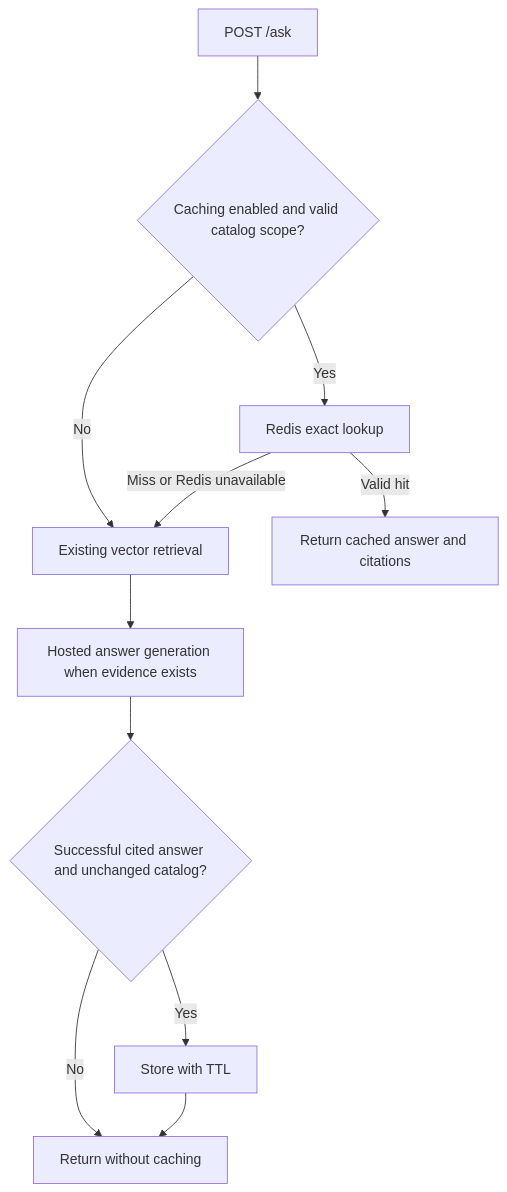
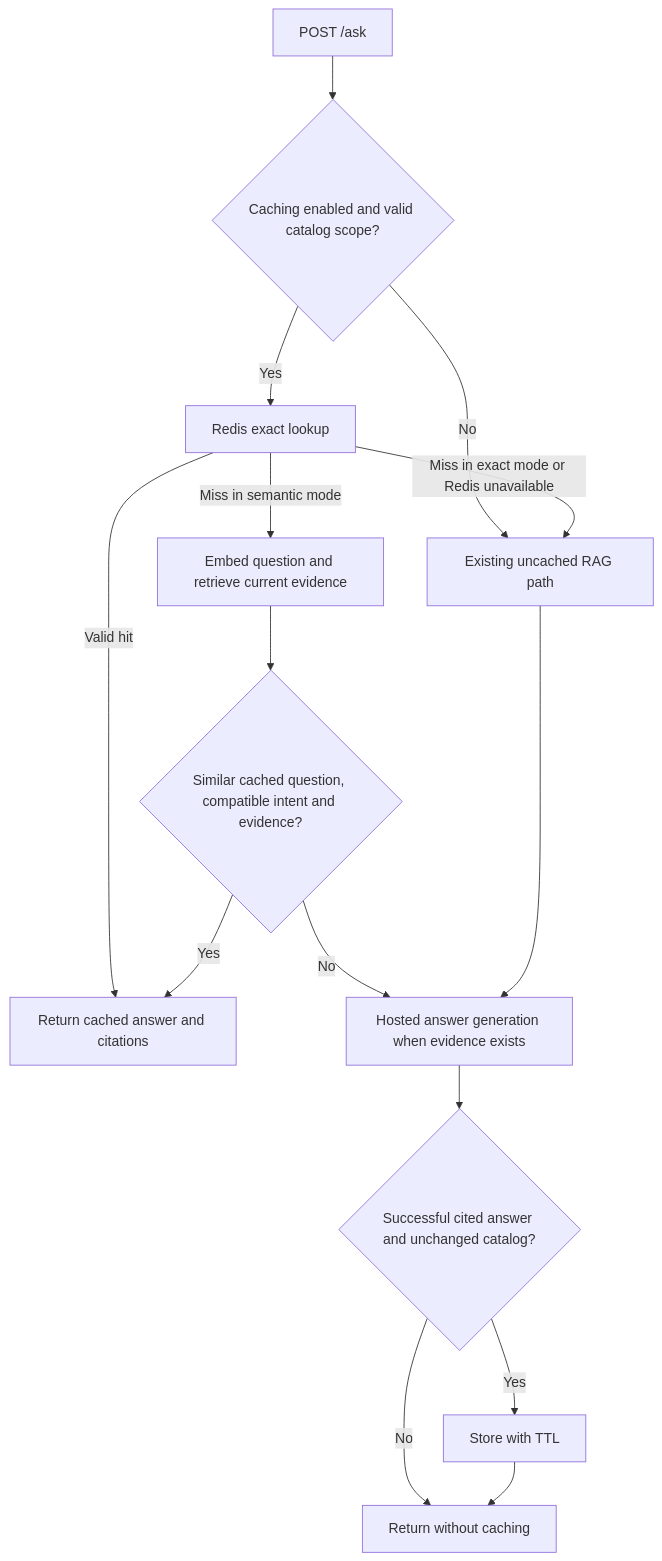
Before and after one commit to Shotza247/OpenSource-RAG-Template: the diagram in docs/answer-cache.md, drawn with Mermaid. The commit also changed other lines of this file and 9 other files, not shown here.

Commit message:
docs: refresh semantic cache architecture and roadmap

````diff
--- a/docs/answer-cache.md
+++ b/docs/answer-cache.md
@@ -17,13 +13,17 @@
 ```mermaid
 flowchart TD
     A[POST /ask] --> B{Caching enabled and valid catalog scope?}
-    B -->|No| R[Existing vector retrieval]
+    B -->|No| U[Existing uncached RAG path]
     B -->|Yes| C[Redis exact lookup]
     C -->|Valid hit| H[Return cached answer and citations]
-    C -->|Miss or Redis unavailable| R
-    R --> L[Hosted answer generation when evidence exists]
+    C -->|Miss in semantic mode| R[Embed question and retrieve current evidence]
+    C -->|Miss in exact mode or Redis unavailable| U[Existing uncached RAG path]
+    R --> M{Similar cached question, compatible intent and evidence?}
+    M -->|Yes| H
+    M -->|No| L[Hosted answer generation when evidence exists]
+    U --> L
     L --> V{Successful cited answer and unchanged catalog?}
     V -->|Yes| S[Store with TTL]
     V -->|No| O[Return without caching]
     S --> O
 ```
````
